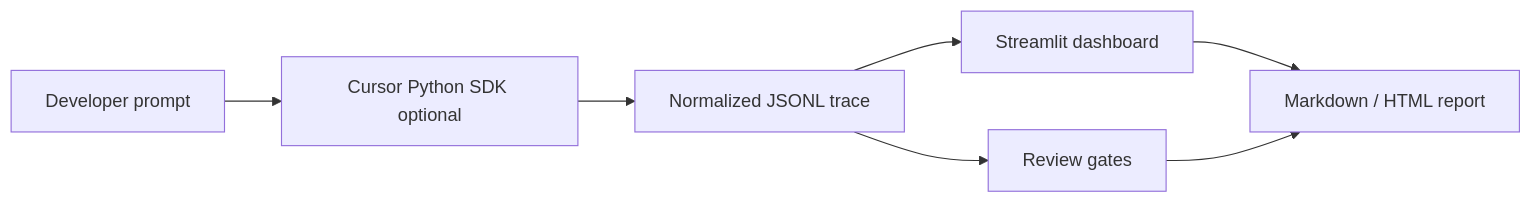
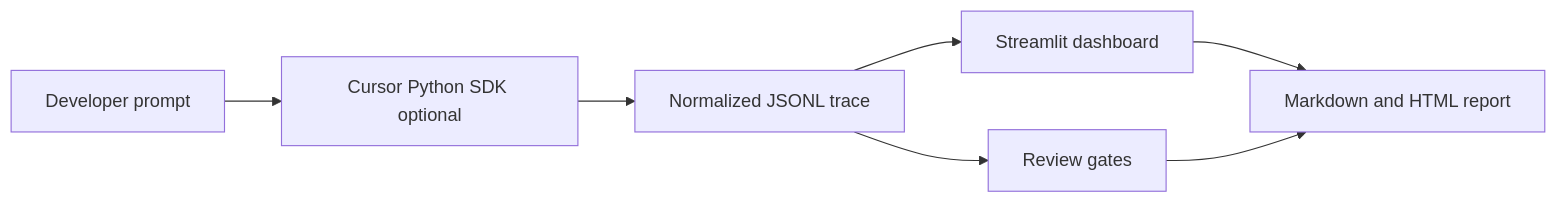
The eighth of 9 diagrams in README.md (GwriPennar/cursor-sdk-flight-recorder), drawn with Mermaid before and after one commit. The commit also changed other lines of this file, not shown here.

First line of the commit message:
fix: repair README Mermaid and tables for GitHub rendering

````diff
--- a/README.md
+++ b/README.md
@@ -351,9 +351,9 @@
 ```mermaid
 flowchart LR
     A[Developer prompt] --> B[Cursor Python SDK optional]
     B --> C[Normalized JSONL trace]
     C --> D[Streamlit dashboard]
     C --> E[Review gates]
-    D --> F[Markdown / HTML report]
+    D --> F[Markdown and HTML report]
     E --> F
 ```
````
